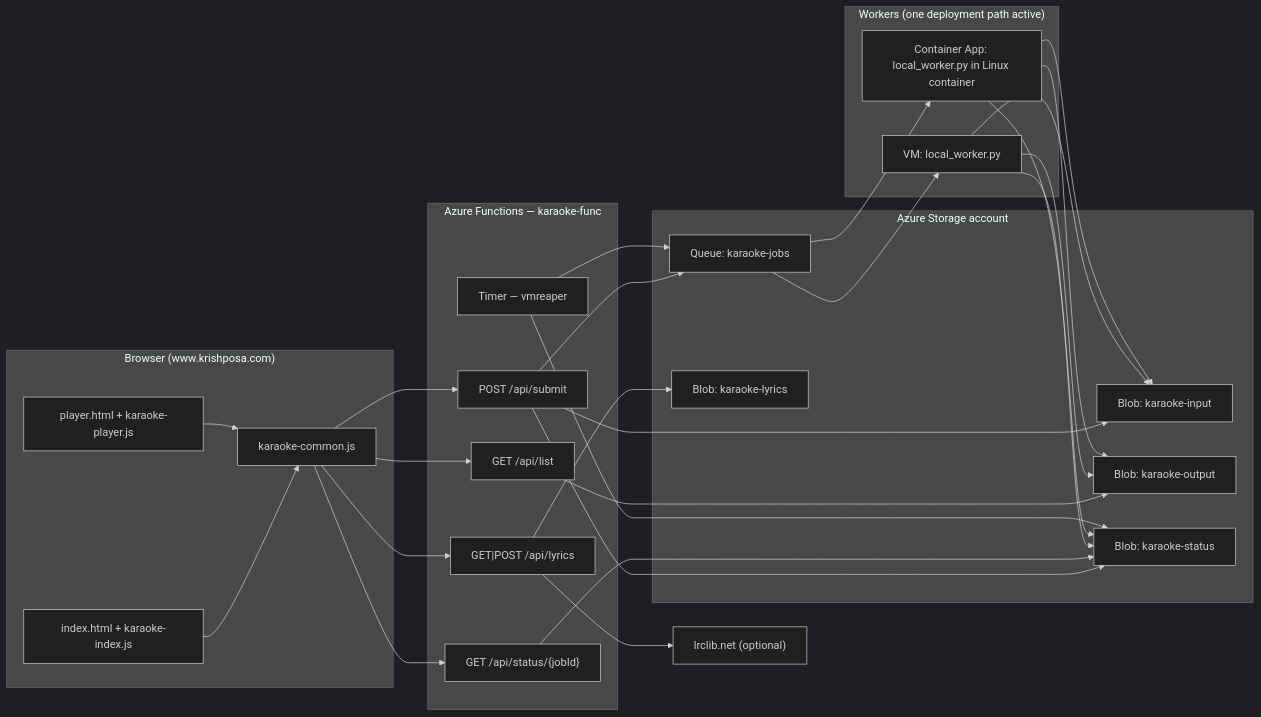
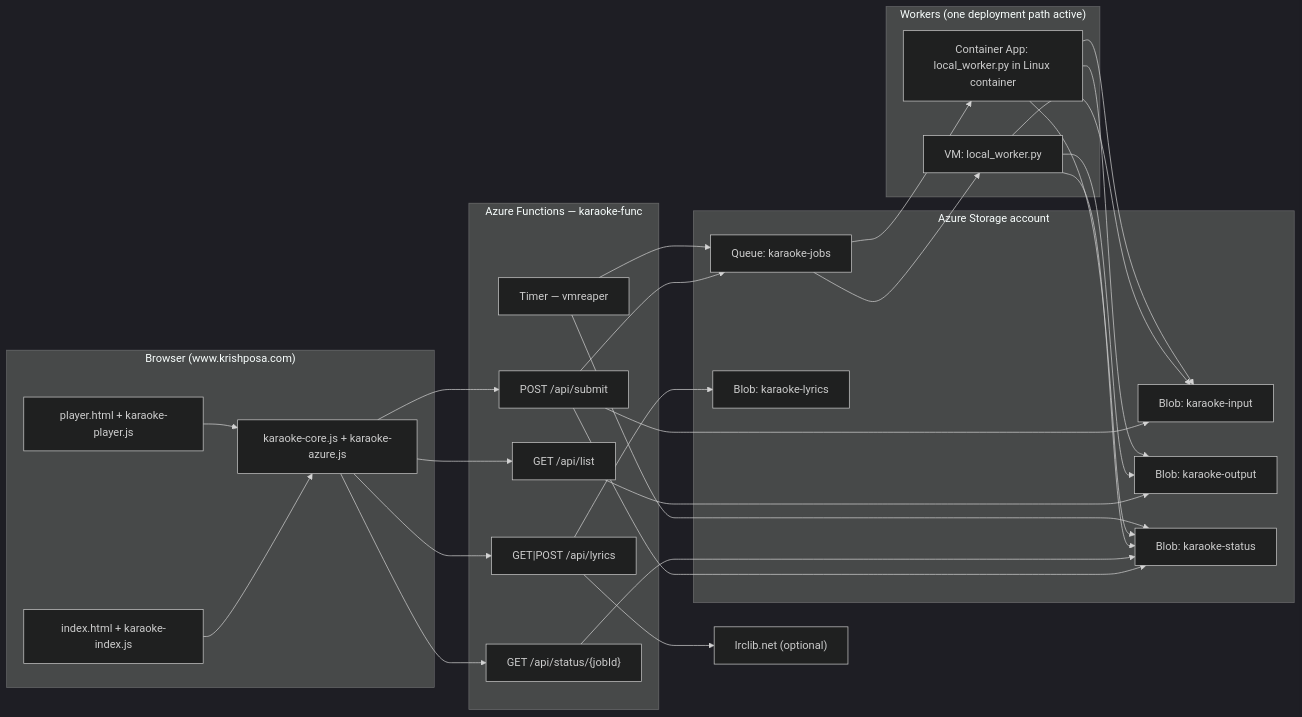
One commit to krishnaposa/krishnaposa-mlo-site changed the first of 9 diagrams in karaoke/ARCHITECTURE.md. Above: the diagram before and after it, drawn with Mermaid (dark theme). The commit also changed other lines of this file and 1 other file, not shown here.

Commit message:
no azure

````diff
--- a/karaoke/ARCHITECTURE.md
+++ b/karaoke/ARCHITECTURE.md
@@ -22,53 +22,53 @@
 ```mermaid
 flowchart LR
   subgraph Browser["Browser (www.krishposa.com)"]
     IDX["index.html + karaoke-index.js"]
     PLR["player.html + karaoke-player.js"]
-    COM["karaoke-common.js"]
+    COM["karaoke-core.js + karaoke-azure.js"]
   end
 
   subgraph AzureFunctions["Azure Functions — karaoke-func"]
     SUB["POST /api/submit"]
     STA["GET /api/status/{jobId}"]
     LST["GET /api/list"]
     LYR["GET|POST /api/lyrics"]
     RPR["Timer — vmreaper"]
   end
 
   subgraph Storage["Azure Storage account"]
     Q["Queue: karaoke-jobs"]
     IN["Blob: karaoke-input"]
     OUT["Blob: karaoke-output"]
     ST["Blob: karaoke-status"]
     LY["Blob: karaoke-lyrics"]
   end
 
   subgraph Workers["Workers (one deployment path active)"]
     VM["VM: local_worker.py"]
     ACA["Container App: local_worker.py in Linux container"]
   end
 
   IDX --> COM
   PLR --> COM
   COM --> SUB
   COM --> STA
   COM --> LST
   COM --> LYR
   SUB --> IN
   SUB --> Q
   SUB --> ST
   STA --> ST
   LST --> OUT
   LYR --> LY
   LYR --> LRCLIB["lrclib.net (optional)"]
   Q --> VM
   Q --> ACA
   VM --> IN
   VM --> OUT
   VM --> ST
   ACA --> IN
   ACA --> OUT
   ACA --> ST
   RPR --> ST
   RPR --> Q
 ```
````
